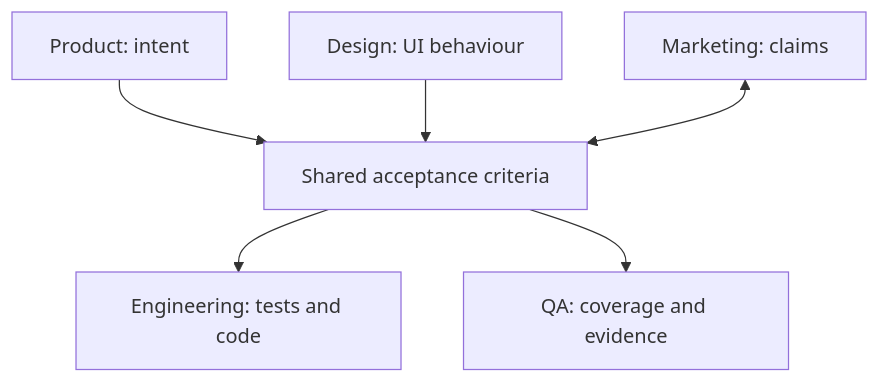
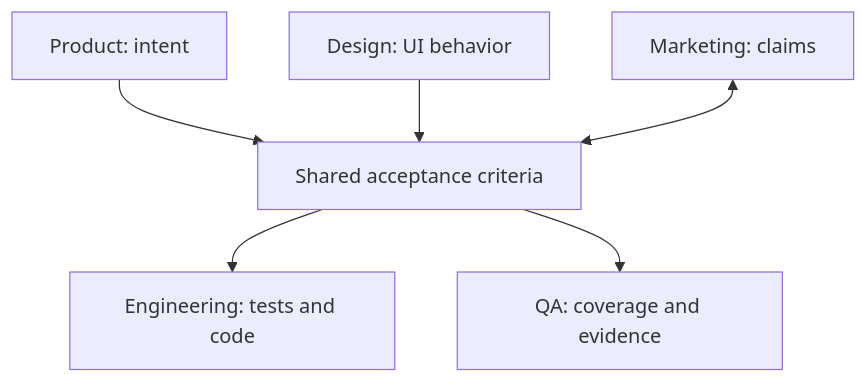
Before and after one commit to ayeo-io/compass: the diagram in docs/roles-guide.md, drawn with Mermaid. The commit also changed other lines of this file and 12 other files, not shown here.

````diff
--- a/docs/roles-guide.md
+++ b/docs/roles-guide.md
@@ -102,8 +102,8 @@
 ```mermaid
 flowchart TD
     PO["Product: intent"] --> SPEC["Shared acceptance criteria"]
-    DES["Design: UI behaviour"] --> SPEC
+    DES["Design: UI behavior"] --> SPEC
     MKT["Marketing: claims"] <--> SPEC
     SPEC --> ENG["Engineering: tests and code"]
     SPEC --> QA["QA: coverage and evidence"]
 ```
````
